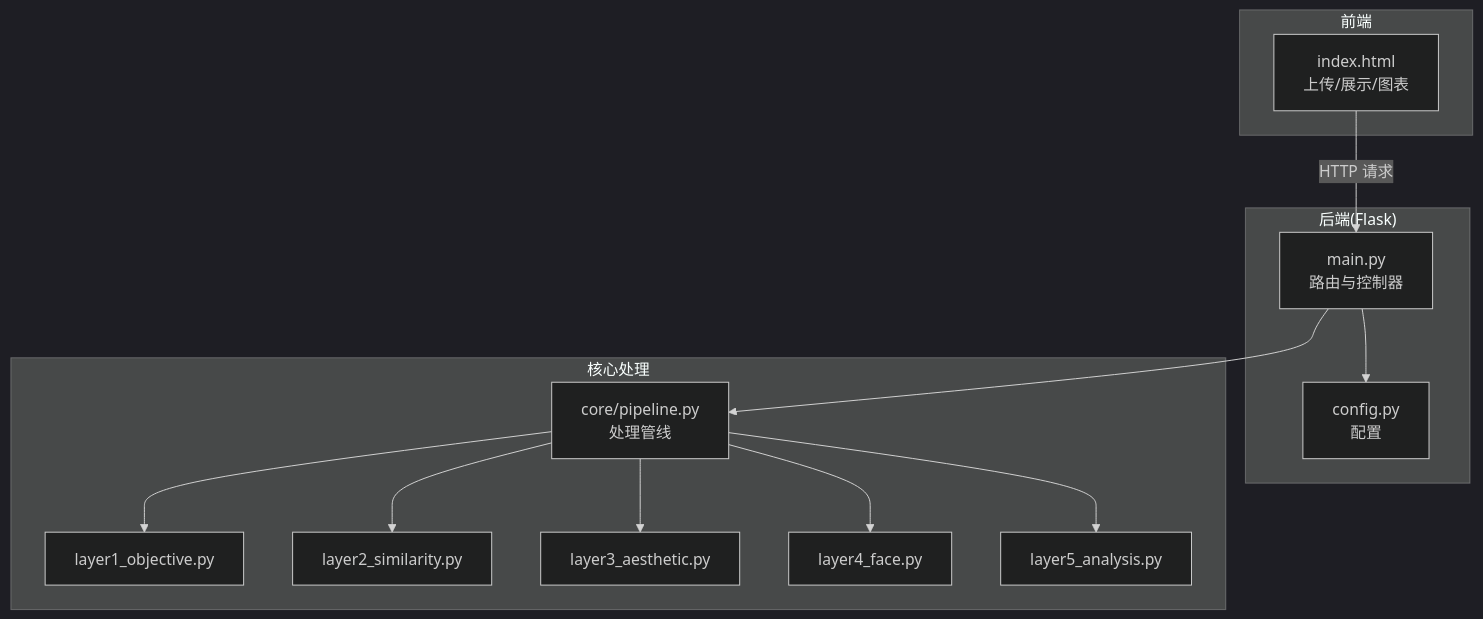
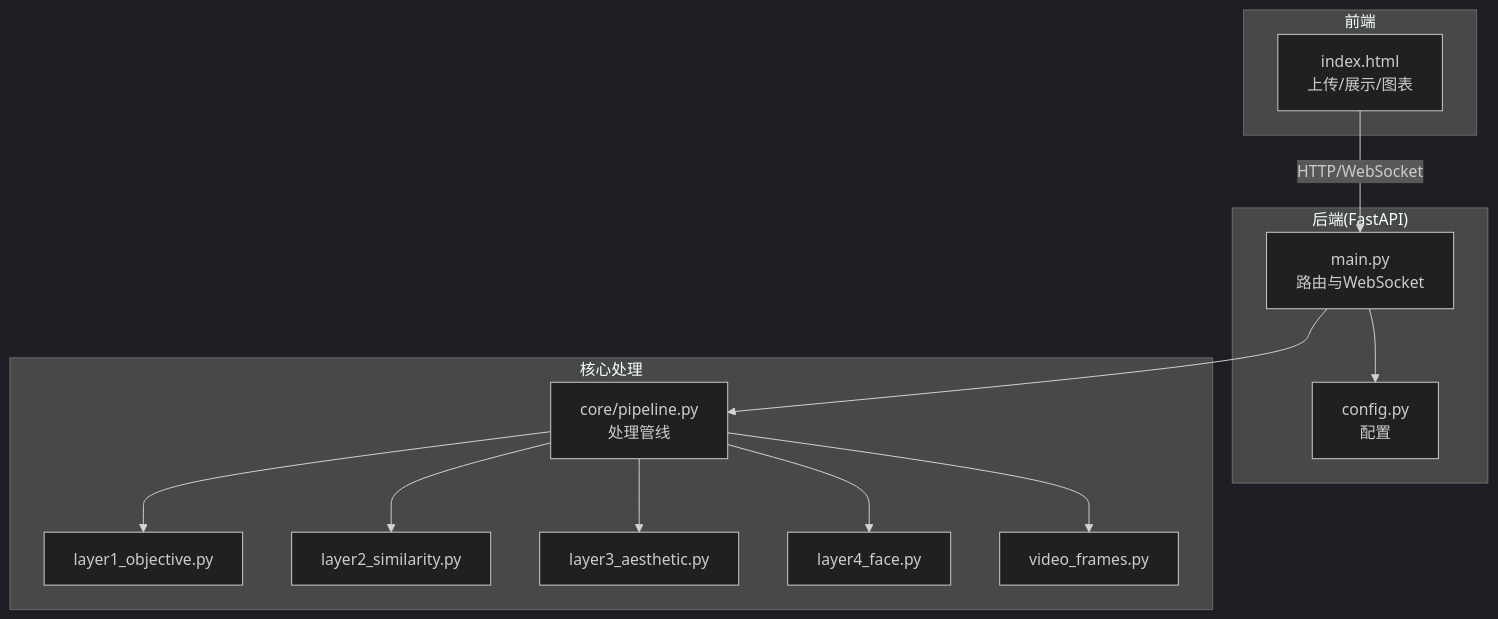
The first of 7 diagrams in wiki/Web界面系统.md (Frankynwa/photo-rank), drawn with Mermaid (dark theme) before and after one commit. The commit also changed other lines of this file and 7 other files, not shown here.

````diff
--- a/wiki/Web界面系统.md
+++ b/wiki/Web界面系统.md
@@ -46,26 +47,26 @@
 ```mermaid
 graph TB
 subgraph "前端"
 UI["index.html<br/>上传/展示/图表"]
 end
-subgraph "后端(Flask)"
-APP["main.py<br/>路由与控制器"]
+subgraph "后端(FastAPI)"
+APP["main.py<br/>路由与WebSocket"]
 CFG["config.py<br/>配置"]
 end
 subgraph "核心处理"
 PIPE["core/pipeline.py<br/>处理管线"]
 L1["layer1_objective.py"]
 L2["layer2_similarity.py"]
 L3["layer3_aesthetic.py"]
 L4["layer4_face.py"]
-L5["layer5_analysis.py"]
+VF["video_frames.py"]
 end
-UI --> |HTTP 请求| APP
+UI --> |HTTP/WebSocket| APP
 APP --> CFG
 APP --> PIPE
 PIPE --> L1
 PIPE --> L2
 PIPE --> L3
 PIPE --> L4
-PIPE --> L5
+PIPE --> VF
 ```
````
